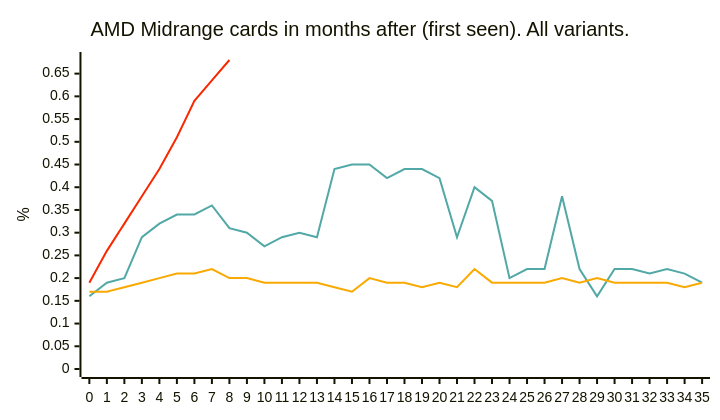
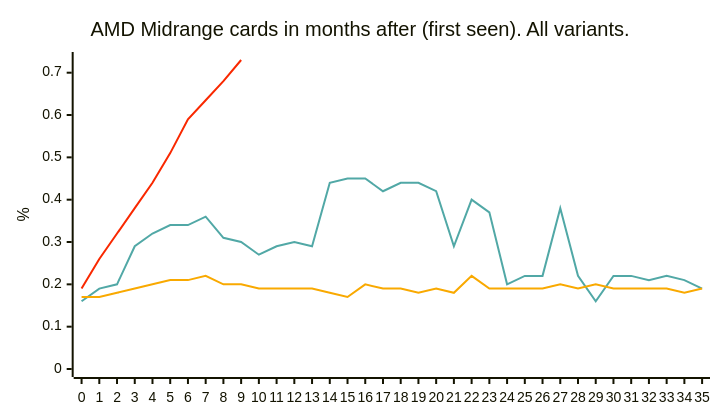
Before and after one commit to jdegene/steamHWsurvey: the tenth of 31 diagrams in README.md, drawn with Mermaid. The commit also changed other lines of this file and 3 other files, not shown here.

````diff
--- a/README.md
+++ b/README.md
@@ -346,23 +346,23 @@
 ```mermaid
 ---
 config:
     xyChart:
         width: 700
         height: 400
         
     themeVariables:
         xyChart:
             plotColorPalette: "#51a8a6,#f9a900,#f92800,#d92080,#8a52a6"
 
 --- 
 
 
 xychart-beta
     title "AMD Midrange cards in months after (first seen). All variants."
     x-axis[0, 1, 2, 3, 4, 5, 6, 7, 8, 9, 10, 11, 12, 13, 14, 15, 16, 17, 18, 19, 20, 21, 22, 23, 24, 25, 26, 27, 28, 29, 30, 31, 32, 33, 34, 35]
     y-axis "%" 
     line [0.16, 0.19, 0.2, 0.29, 0.32, 0.33999999999999997, 0.33999999999999997, 0.36, 0.31, 0.3, 0.27, 0.29, 0.3, 0.29, 0.44, 0.45000000000000007, 0.45000000000000007, 0.42, 0.43999999999999995, 0.44, 0.42, 0.29, 0.4, 0.37, 0.2, 0.22, 0.22, 0.38000000000000006, 0.22, 0.16, 0.22, 0.22, 0.21, 0.22, 0.21, 0.19]
     line [0.16999999999999998, 0.16999999999999998, 0.18, 0.19, 0.2, 0.21, 0.21, 0.22, 0.2, 0.2, 0.19, 0.19, 0.19, 0.19, 0.18, 0.16999999999999998, 0.2, 0.19, 0.19, 0.18, 0.19, 0.18, 0.22, 0.19, 0.19, 0.19, 0.19, 0.2, 0.19, 0.2, 0.19, 0.19, 0.19, 0.19, 0.18, 0.19]
-    line [0.19, 0.26, 0.32, 0.38, 0.44, 0.51, 0.59, 0.635, 0.6799999999999999]
+    line [0.19, 0.26, 0.32, 0.38, 0.44, 0.51, 0.59, 0.635, 0.6799999999999999, 0.73]
     line [0]
 ``` 
````
